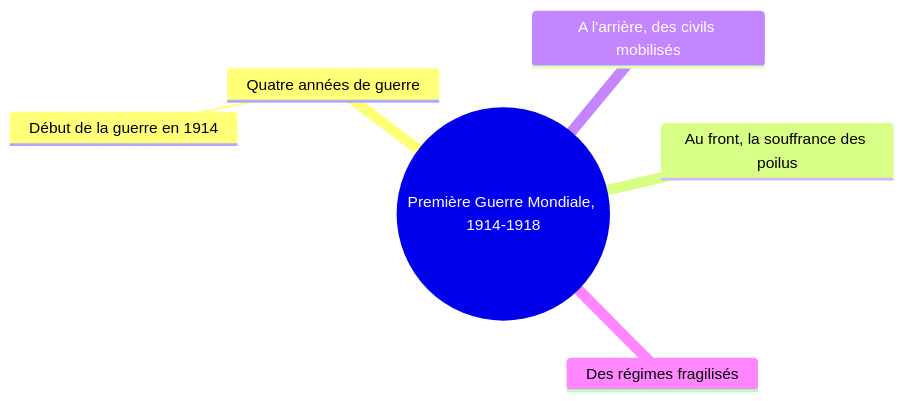
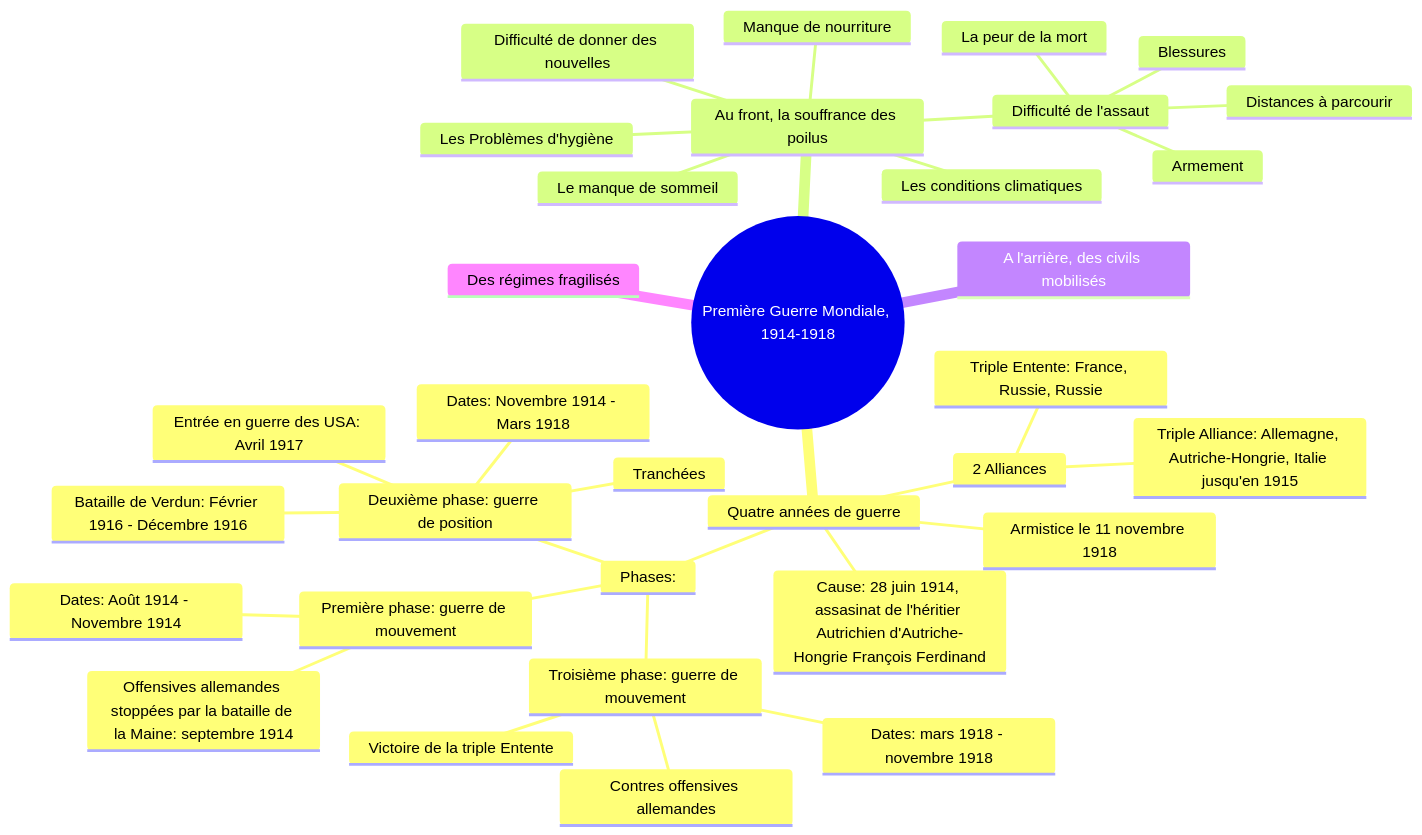
Before and after one commit to Labfox/Cours: the second of 2 diagrams in docs/history-geography/theme1/chapter1/main.md, drawn with Mermaid. The commit also changed other lines of this file and 11 other files, not shown here.

````diff
--- a/docs/history-geography/theme1/chapter1/main.md
+++ b/docs/history-geography/theme1/chapter1/main.md
@@ -221,9 +222,36 @@
 ```mermaid
 mindmap
-   root((Première Guerre Mondiale, 1914-1918))
-      Quatre années de guerre
-          Début de la guerre en 1914
-      Au front, la souffrance des poilus
-      A l#39;arrière, des civils mobilisés
-      Des régimes fragilisés
+    root((Première Guerre Mondiale, 1914-1918))
+        Quatre années de guerre
+            Cause: 28 juin 1914, assasinat de l#39;héritier Autrichien d#39;Autriche-Hongrie François Ferdinand
+            2 Alliances
+                Triple Entente: France, Russie, Russie
+                Triple Alliance: Allemagne, Autriche-Hongrie, Italie jusqu#39;en 1915
+            Phases:
+                Première phase: guerre de mouvement
+                    Dates: Août 1914 - Novembre 1914
+                    Offensives allemandes stoppées par la bataille de la Maine: septembre 1914
+                Deuxième phase: guerre de position
+                    Dates: Novembre 1914 - Mars 1918
+                    Tranchées
+                    Bataille de Verdun: Février 1916 - Décembre 1916
+                    Entrée en guerre des USA: Avril 1917
+                Troisième phase: guerre de mouvement
+                    Dates: mars 1918 - novembre 1918
+                    Contres offensives allemandes
+                    Victoire de la triple Entente
+            Armistice le 11 novembre 1918
+        Au front, la souffrance des poilus
+            Difficulté de l#39;assaut
+                Distances à parcourir
+                Armement
+                Blessures
+                La peur de la mort
+            Manque de nourriture
+            Difficulté de donner des nouvelles
+            Les conditions climatiques
+            Le manque de sommeil
+            Les Problèmes d'hygiène
+        A l#39;arrière, des civils mobilisés
+        Des régimes fragilisés
 ```
````
